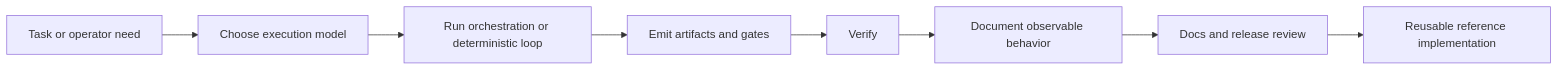
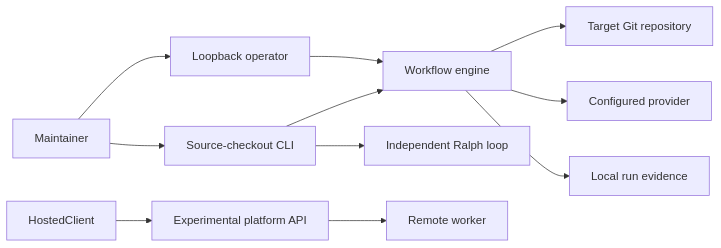
The diagram in docs/reference/architecture/system-overview.md (sebastianspicker/rae), drawn with Mermaid before and after one commit. The commit also changed other lines of this file and 825 other files, not shown here.

First line of the commit message:
Integrate typed engine and operator redesign

````diff
--- a/docs/reference/architecture/system-overview.md
+++ b/docs/reference/architecture/system-overview.md
@@ -14,10 +15,13 @@
 ```mermaid
 flowchart LR
-  A[Task or operator need] --> B[Choose execution model]
-  B --> C[Run orchestration or deterministic loop]
-  C --> D[Emit artifacts and gates]
-  D --> E[Verify]
-  E --> F[Document observable behavior]
-  F --> G[Docs and release review]
-  G --> H[Reusable reference implementation]
+  Maintainer --> CLI[Source-checkout CLI]
+  Maintainer --> Operator[Loopback operator]
+  CLI --> Engine[Workflow engine]
+  Operator --> Engine
+  Engine --> Target[Target Git repository]
+  Engine --> Provider[Configured provider]
+  Engine --> Evidence[Local run evidence]
+  CLI --> Ralph[Independent Ralph loop]
+  HostedClient --> Platform[Experimental platform API]
+  Platform --> Worker[Remote worker]
 ```
````
